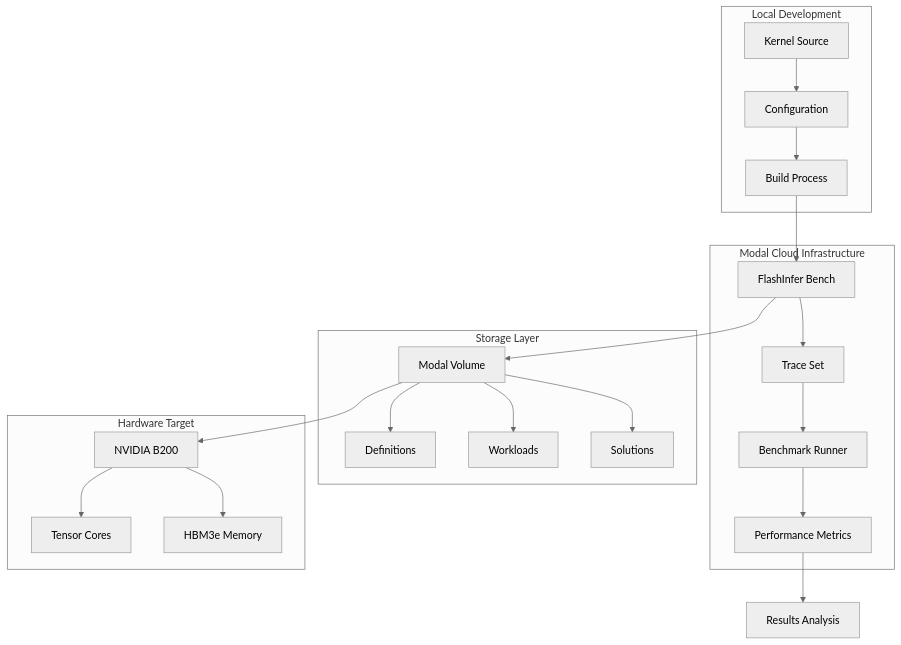
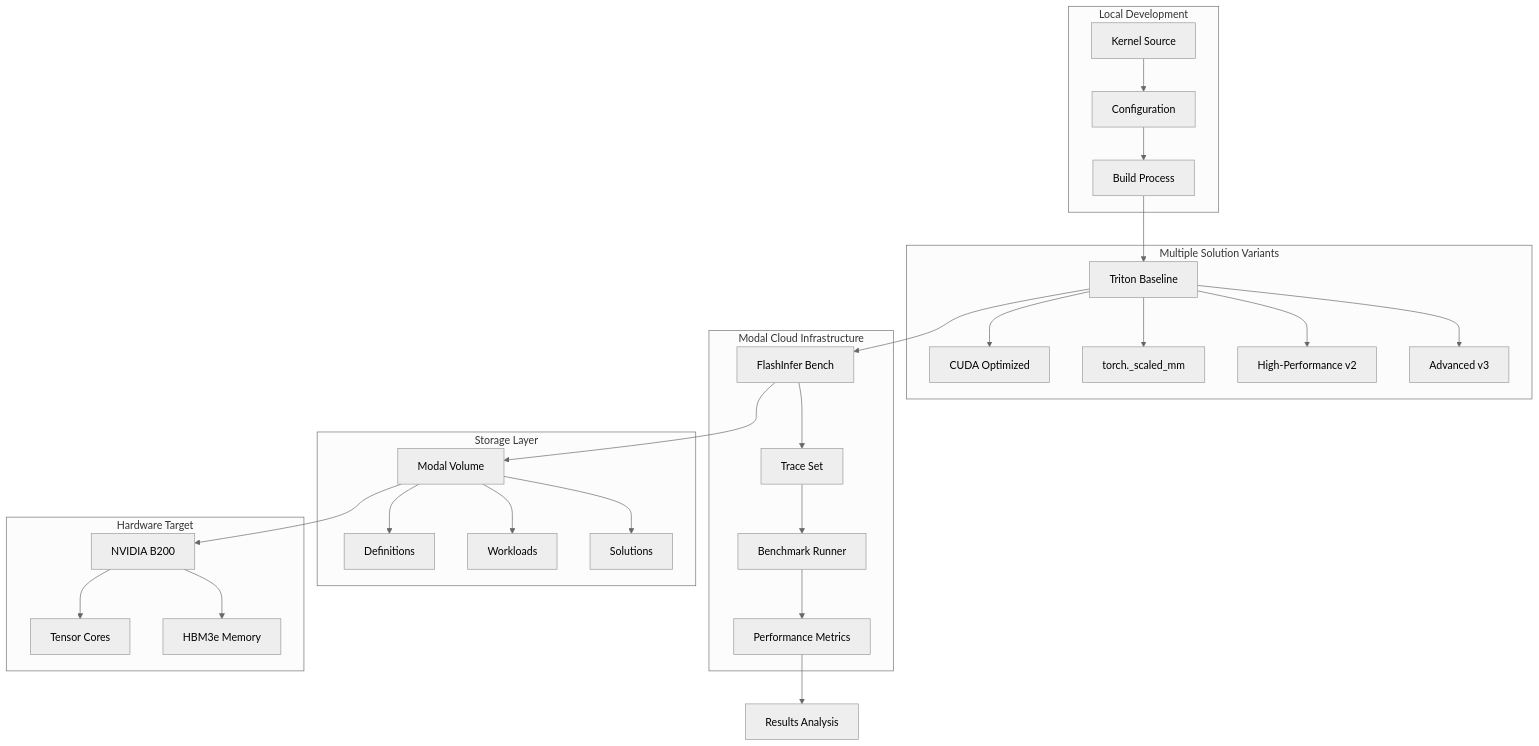
One commit to gugudeshubao/flashinfer-bench-tma-thrust changed the fourth of 18 diagrams in .qoder/repowiki/en/content/Configuration and Deployment/MoE Configuration and Deployment.md. Above: the diagram before and after it, drawn with Mermaid (neutral theme). The commit also changed other lines of this file and 5 other files, not shown here.

````diff
--- a/.qoder/repowiki/en/content/Configuration and Deployment/MoE Configuration and Deployment.md
+++ b/.qoder/repowiki/en/content/Configuration and Deployment/MoE Configuration and Deployment.md
@@ -165,25 +187,32 @@
 ```mermaid
 graph TB
 subgraph "Local Development"
 A[Kernel Source] --> B[Configuration]
 B --> C[Build Process]
 end
+subgraph "Multiple Solution Variants"
+D[Triton Baseline] --> E[CUDA Optimized]
+D --> F[torch._scaled_mm]
+D --> G[High-Performance v2]
+D --> H[Advanced v3]
+end
 subgraph "Modal Cloud Infrastructure"
-D[FlashInfer Bench] --> E[Trace Set]
-E --> F[Benchmark Runner]
-F --> G[Performance Metrics]
+I[FlashInfer Bench] --> J[Trace Set]
+J --> K[Benchmark Runner]
+K --> L[Performance Metrics]
 end
 subgraph "Storage Layer"
-H[Modal Volume] --> I[Definitions]
-H --> J[Workloads]
-H --> K[Solutions]
+M[Modal Volume] --> N[Definitions]
+M --> O[Workloads]
+M --> P[Solutions]
 end
 subgraph "Hardware Target"
-L[NVIDIA B200] --> M[Tensor Cores]
-L --> N[HBM3e Memory]
+Q[NVIDIA B200] --> R[Tensor Cores]
+Q --> S[HBM3e Memory]
 end
 C --> D
-D --> H
-H --> L
-G --> O[Results Analysis]
+D --> I
+I --> M
+M --> Q
+L --> T[Results Analysis]
 ```
````
